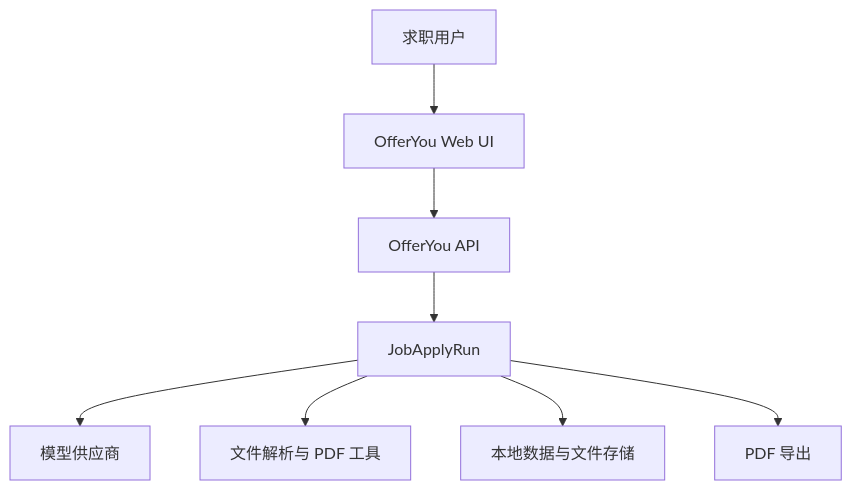
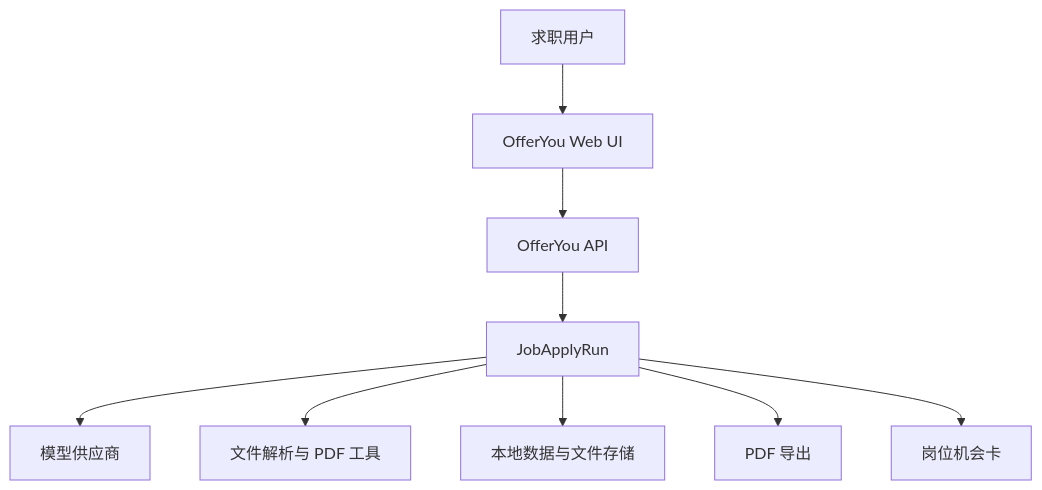
One commit to shiyoungwoo/OfferYou changed the first of 3 diagrams in docs/product/OfferYou-Architecture.md. Above: the diagram before and after it, drawn with Mermaid. The commit also changed other lines of this file and 221 other files, not shown here.

````diff
--- a/docs/product/OfferYou-Architecture.md
+++ b/docs/product/OfferYou-Architecture.md
@@ -23,10 +25,11 @@
 ```mermaid
 flowchart TD
   User["求职用户"] --> Web["OfferYou Web UI"]
   Web --> API["OfferYou API"]
   API --> Run["JobApplyRun"]
   Run --> Models["模型供应商"]
   Run --> Tools["文件解析与 PDF 工具"]
   Run --> Store["本地数据与文件存储"]
   Run --> Export["PDF 导出"]
+  Run --> Opportunity["岗位机会卡"]
 ```
````
